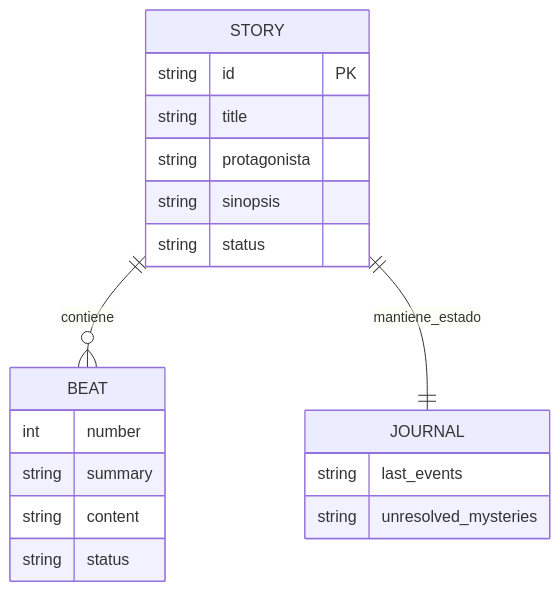
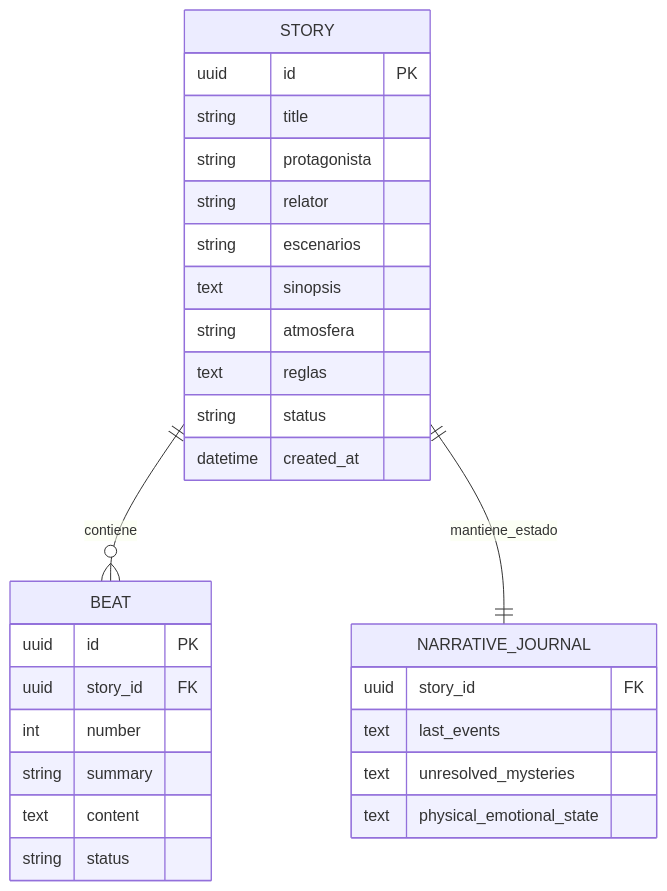
Before and after one commit to rledesma912/automated_narrative: the fourth of 4 diagrams in README.md, drawn with Mermaid. The commit also changed other lines of this file and 49 other files, not shown here.

````diff
--- a/README.md
+++ b/README.md
@@ -115,25 +164,34 @@
 ```mermaid
 erDiagram
     STORY ||--o{ BEAT : contiene
-    STORY ||--|| JOURNAL : mantiene_estado
+    STORY ||--|| NARRATIVE_JOURNAL : mantiene_estado
 
     STORY {
-        string id PK
+        uuid id PK
         string title
         string protagonista
-        string sinopsis
+        string relator
+        string escenarios
+        text sinopsis
+        string atmosfera
+        text reglas
+        string status
+        datetime created_at
+    }
+
+    BEAT {
+        uuid id PK
+        uuid story_id FK
+        int number
+        string summary
+        text content
         string status
     }
 
-    BEAT {
-        int number
-        string summary
-        string content
-        string status
-    }
-
-    JOURNAL {
-        string last_events
-        string unresolved_mysteries
+    NARRATIVE_JOURNAL {
+        uuid story_id FK
+        text last_events
+        text unresolved_mysteries
+        text physical_emotional_state
     }
 ```
````
